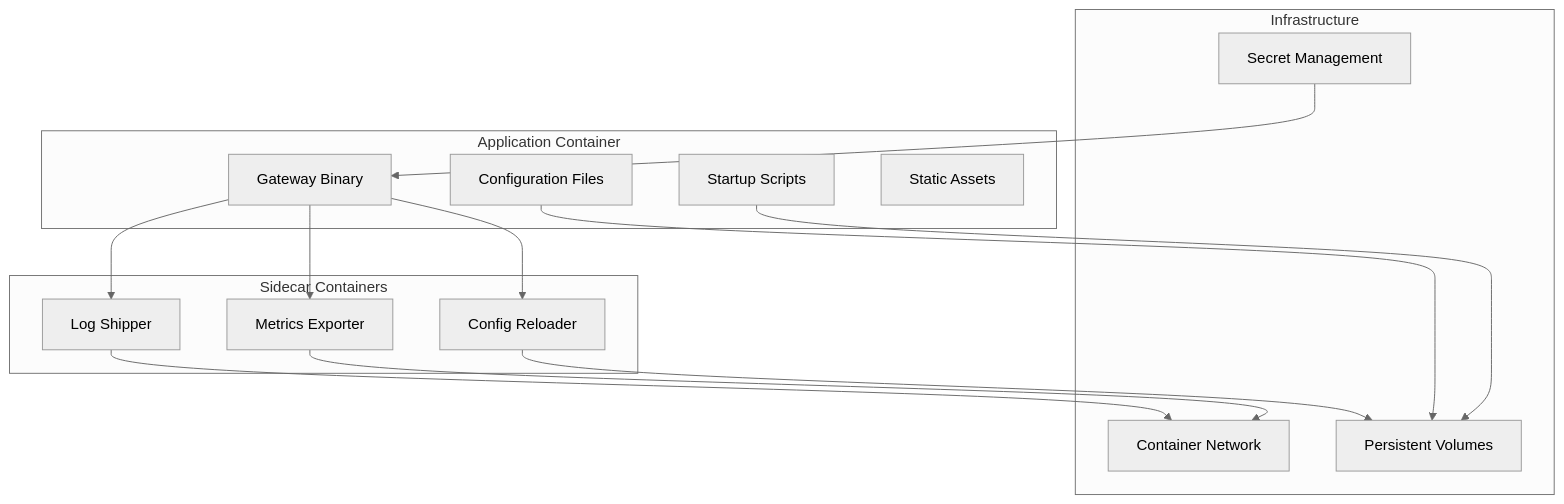
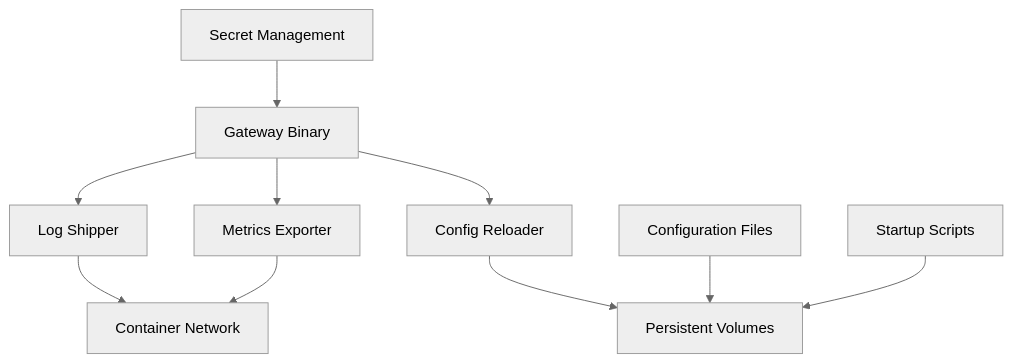
One commit to fluxsce/gateway changed diagram 14 of 16 in docs/guide/architecture.md. Above: the diagram before and after it, drawn with Mermaid (neutral theme). The commit also changed other lines of this file and 1 other file, not shown here.

Commit message:
架构图显示错误修复

````diff
--- a/docs/guide/architecture.md
+++ b/docs/guide/architecture.md
@@ -618,33 +376,14 @@
 ```mermaid
 graph TB
-    subgraph "Application Container"
-        Gateway[Gateway Binary]
-        Config[Configuration Files]
-        Scripts[Startup Scripts]
-        Assets[Static Assets]
-    end
+    Gateway[Gateway Binary] --> LogShipper[Log Shipper]
+    Gateway --> MetricsExporter[Metrics Exporter]
+    Gateway --> ConfigReloader[Config Reloader]
     
-    subgraph "Sidecar Containers"
-        LogShipper[Log Shipper]
-        MetricsExporter[Metrics Exporter]
-        ConfigReloader[Config Reloader]
-    end
+    LogShipper --> Network[Container Network]
+    MetricsExporter --> Network
+    ConfigReloader --> Volumes[Persistent Volumes]
     
-    subgraph "Infrastructure"
-        Network[Container Network]
-        Volumes[Persistent Volumes]
-        Secrets[Secret Management]
-    end
-    
-    Gateway --> LogShipper
-    Gateway --> MetricsExporter
-    Gateway --> ConfigReloader
-    
-    LogShipper --> Network
-    MetricsExporter --> Network
-    ConfigReloader --> Volumes
-    
-    Config --> Volumes
-    Scripts --> Volumes
-    Secrets --> Gateway
+    Config[Configuration Files] --> Volumes
+    Scripts[Startup Scripts] --> Volumes
+    Secrets[Secret Management] --> Gateway
 ```
````
